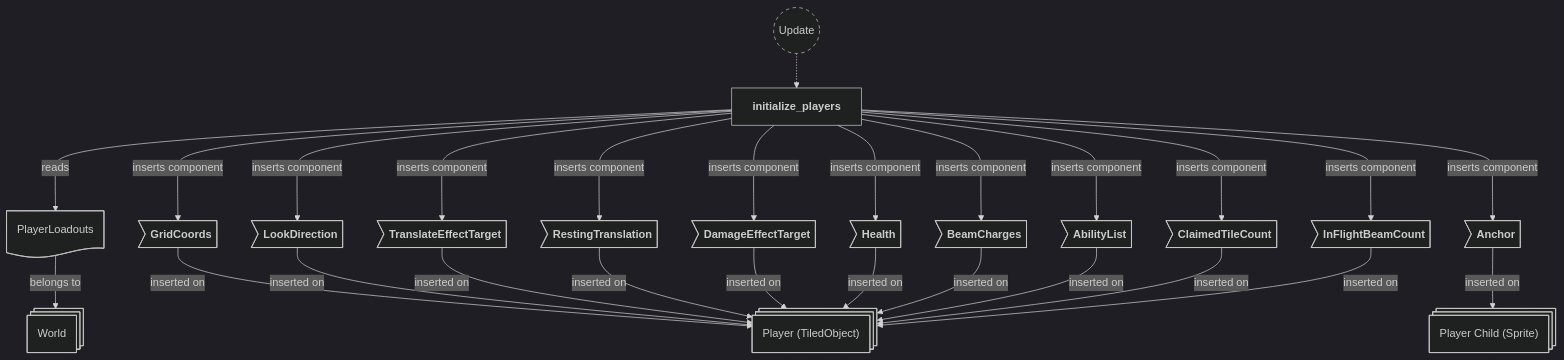
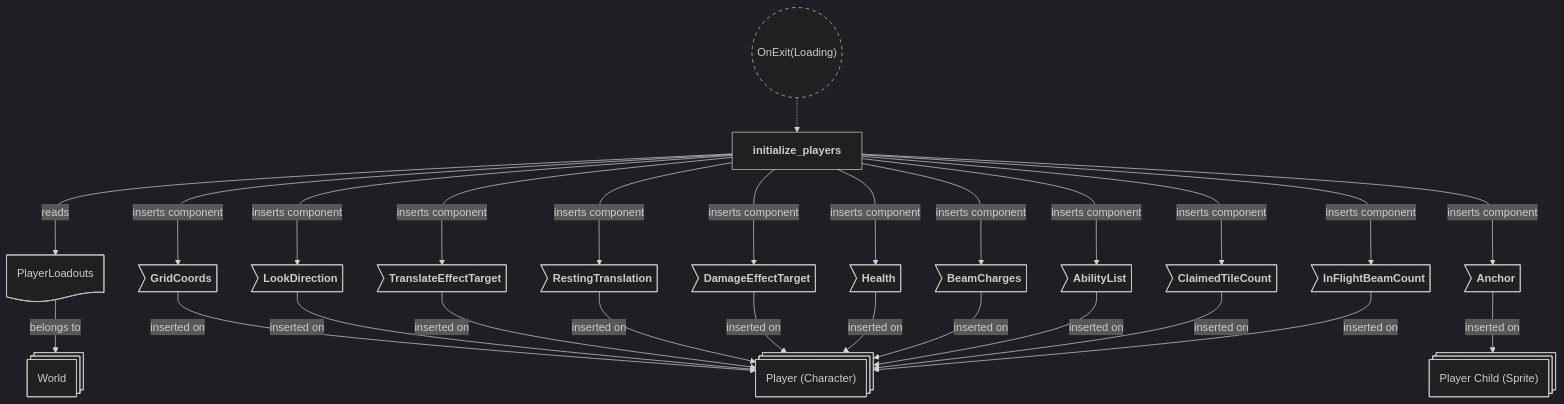
Before and after one commit to neurosoup/tyled: the sixth of 10 diagrams in backlog/docs/doc-3 - 001-Maps-plugin.md, drawn with Mermaid. The commit also changed other lines of this file and 9 other files, not shown here.

````diff
--- a/backlog/docs/doc-3 - 001-Maps-plugin.md
+++ b/backlog/docs/doc-3 - 001-Maps-plugin.md
@@ -295,58 +262,58 @@
 ```mermaid
 ---
 config:
   theme: dark
 ---
 
 flowchart TD
 classDef system-group stroke-dasharray: 5 5
 
-update(("`Update`")):::system-group
+on_exit_loading(("`OnExit(Loading)`")):::system-group
 initialize_players["`**initialize_players**`"]
 
-update -.-> initialize_players
+on_exit_loading -.-> initialize_players
 
-player_entity@{ shape: st-rect, label: "Player (TiledObject)" }
+player_entity@{ shape: st-rect, label: "Player (Character)" }
 child_entity@{ shape: st-rect, label: "Player Child (Sprite)" }
 
 pe_grid_coords>"`**GridCoords**`"]
 pe_look_direction>"`**LookDirection**`"]
 pe_translate_effect>"`**TranslateEffectTarget**`"]
 pe_resting_translation>"`**RestingTranslation**`"]
 pe_damage_effect>"`**DamageEffectTarget**`"]
 pe_health>"`**Health**`"]
 pe_beam_charges>"`**BeamCharges**`"]
 pe_ability_list>"`**AbilityList**`"]
 pe_claimed_tile_count>"`**ClaimedTileCount**`"]
 pe_in_flight_count>"`**InFlightBeamCount**`"]
 ce_anchor>"`**Anchor**`"]
 
 world@{ shape: st-rect, label: "World" }
 player_loadouts_res@{ shape: doc, label: "PlayerLoadouts" }
 player_loadouts_res --> |belongs to| world
 
 pe_grid_coords --> |inserted on| player_entity
 pe_look_direction --> |inserted on| player_entity
 pe_translate_effect --> |inserted on| player_entity
 pe_resting_translation --> |inserted on| player_entity
 pe_damage_effect --> |inserted on| player_entity
 pe_health --> |inserted on| player_entity
 pe_beam_charges --> |inserted on| player_entity
 pe_ability_list --> |inserted on| player_entity
 pe_claimed_tile_count --> |inserted on| player_entity
 pe_in_flight_count --> |inserted on| player_entity
 ce_anchor --> |inserted on| child_entity
 
 initialize_players ---> |reads| player_loadouts_res
 initialize_players ---> |inserts component| pe_grid_coords
 initialize_players ---> |inserts component| pe_look_direction
 initialize_players ---> |inserts component| pe_translate_effect
 initialize_players ---> |inserts component| pe_resting_translation
 initialize_players ---> |inserts component| pe_damage_effect
 initialize_players ---> |inserts component| pe_health
 initialize_players ---> |inserts component| pe_beam_charges
 initialize_players ---> |inserts component| pe_ability_list
 initialize_players ---> |inserts component| pe_claimed_tile_count
 initialize_players ---> |inserts component| pe_in_flight_count
 initialize_players ---> |inserts component| ce_anchor
 ```
````
